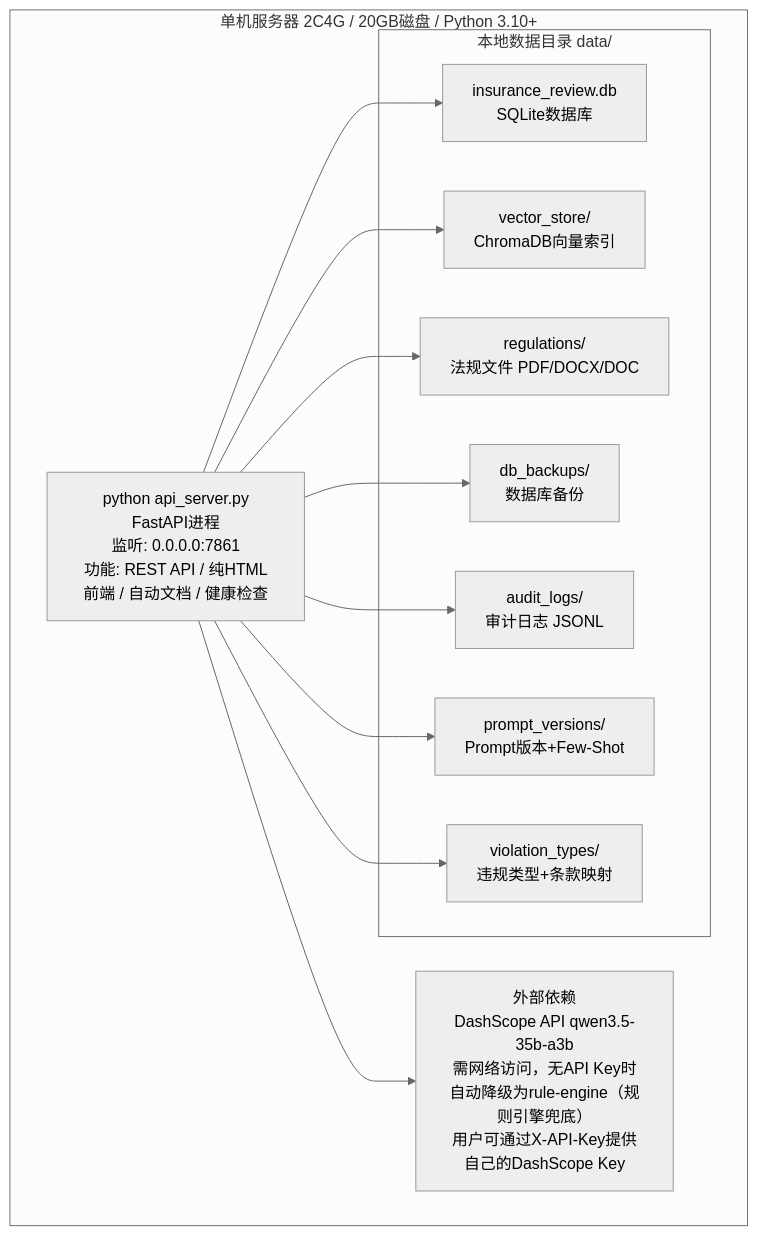
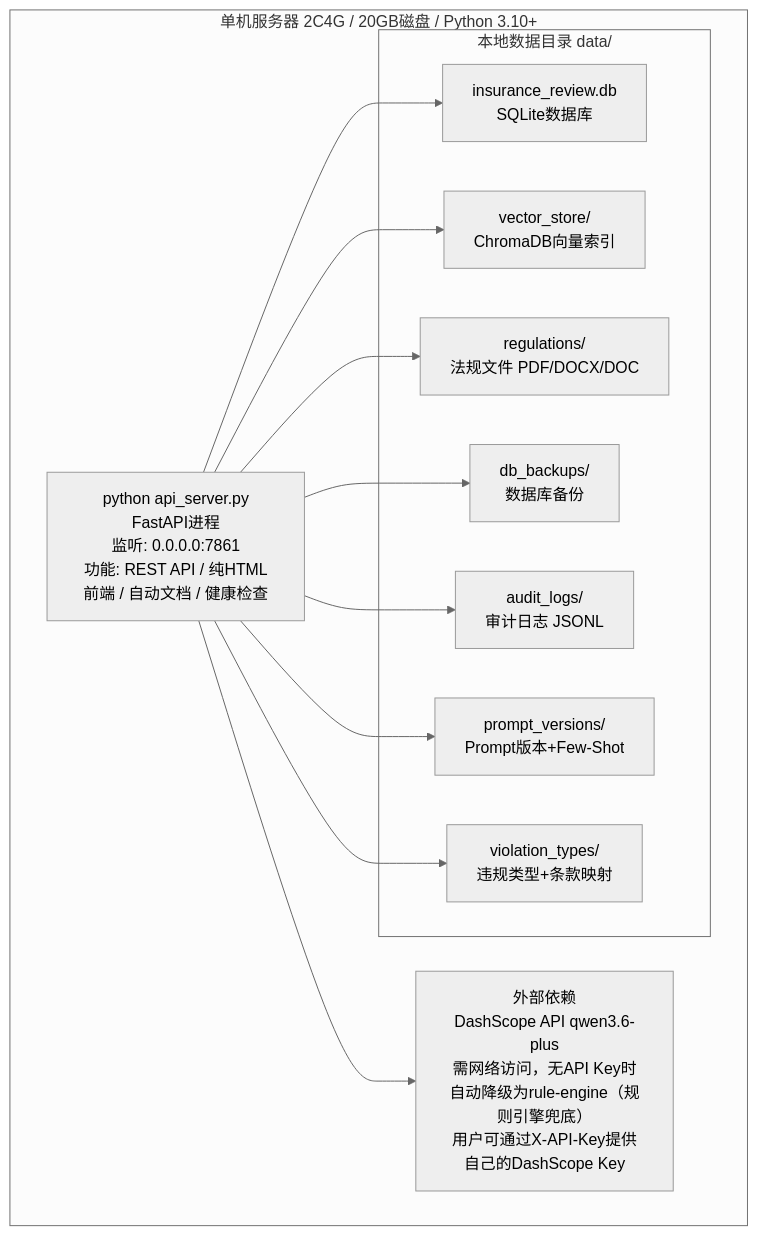
The fifth of 5 diagrams in docs/archive/architecture-demo.md (elaine2233/AI-Agent-RAG-for-complaince), drawn with Mermaid (neutral theme) before and after one commit. The commit also changed other lines of this file and 9 other files, not shown here.

````diff
--- a/docs/archive/architecture-demo.md
+++ b/docs/archive/architecture-demo.md
@@ -333,27 +333,27 @@
 ```mermaid
 flowchart TB
     subgraph server [单机服务器 2C4G / 20GB磁盘 / Python 3.10+]
         FASTAPI[python api_server.py<br/>FastAPI进程<br/>监听: 0.0.0.0:7861<br/>功能: REST API / 纯HTML前端 / 自动文档 / 健康检查]
 
         subgraph datadir [本地数据目录 data/]
             DBFILE[insurance_review.db<br/>SQLite数据库]
             VECSTORE[vector_store/<br/>ChromaDB向量索引]
             REGS[regulations/<br/>法规文件 PDF/DOCX/DOC]
             BACKUP[db_backups/<br/>数据库备份]
             LOGS[audit_logs/<br/>审计日志 JSONL]
             PROMPT[prompt_versions/<br/>Prompt版本+Few-Shot]
             VIOLATION[violation_types/<br/>违规类型+条款映射]
         end
 
-        EXTERNAL[外部依赖<br/>DashScope API qwen3.5-35b-a3b<br/>需网络访问，无API Key时自动降级为rule-engine（规则引擎兜底）<br/>用户可通过X-API-Key提供自己的DashScope Key]
+        EXTERNAL[外部依赖<br/>DashScope API qwen3.6-plus<br/>需网络访问，无API Key时自动降级为rule-engine（规则引擎兜底）<br/>用户可通过X-API-Key提供自己的DashScope Key]
     end
 
     FASTAPI --> DBFILE
     FASTAPI --> VECSTORE
     FASTAPI --> REGS
     FASTAPI --> EXTERNAL
     FASTAPI --> BACKUP
     FASTAPI --> LOGS
     FASTAPI --> PROMPT
     FASTAPI --> VIOLATION
 ```
````
